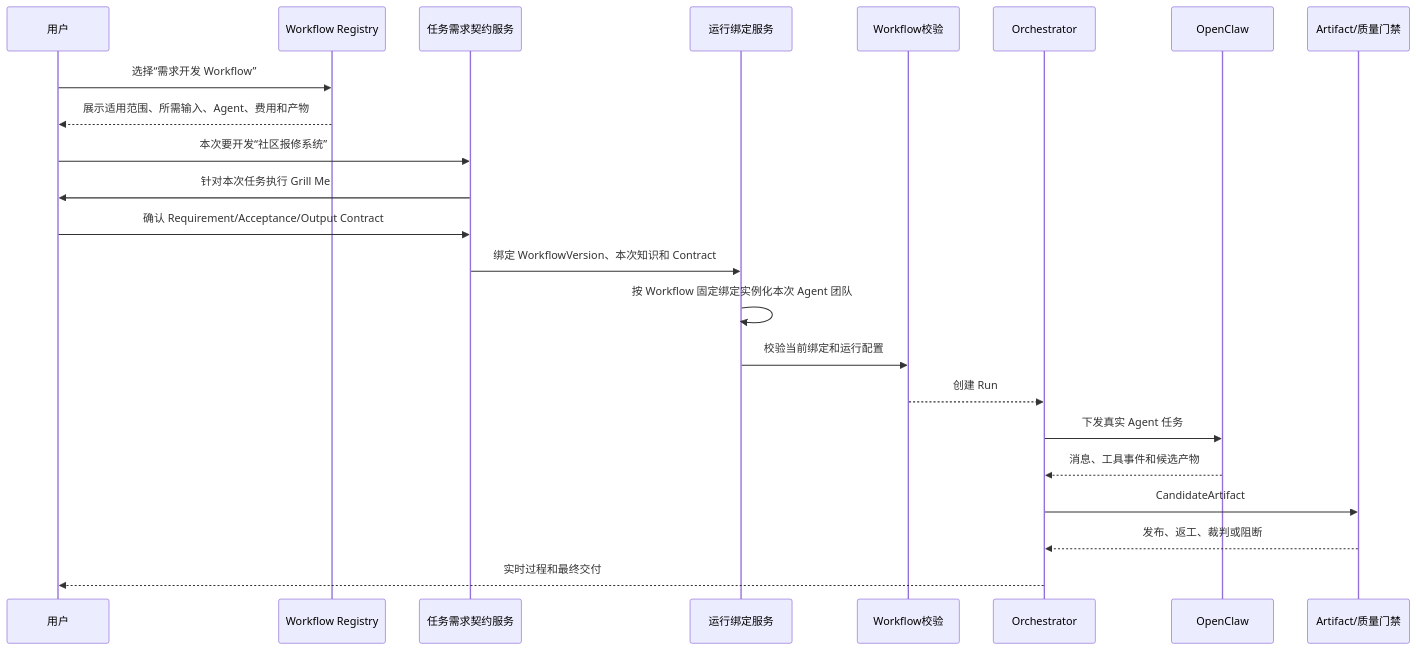
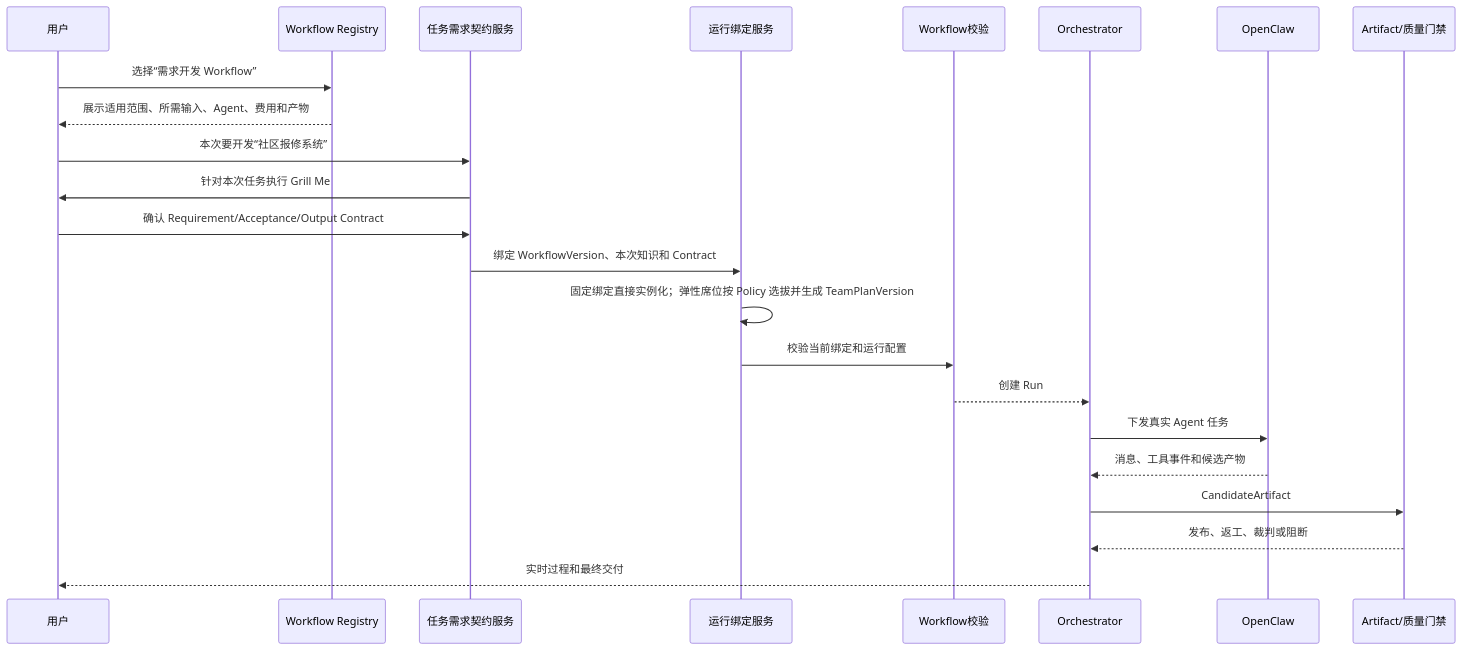
The sixth of 28 diagrams in docs/04-design/detailed-design-v1.md (Logayan/agent-arena), drawn with Mermaid before and after one commit. The commit also changed other lines of this file and 32 other files, not shown here.

````diff
--- a/docs/04-design/detailed-design-v1.md
+++ b/docs/04-design/detailed-design-v1.md
@@ -466,26 +558,26 @@
 ```mermaid
 sequenceDiagram
     participant U as 用户
     participant REG as Workflow Registry
     participant R as 任务需求契约服务
     participant B as 运行绑定服务
     participant V as Workflow校验
     participant O as Orchestrator
     participant C as OpenClaw
     participant A as Artifact/质量门禁
 
     U->>REG: 选择“需求开发 Workflow”
     REG-->>U: 展示适用范围、所需输入、Agent、费用和产物
     U->>R: 本次要开发“社区报修系统”
     R->>U: 针对本次任务执行 Grill Me
     U->>R: 确认 Requirement/Acceptance/Output Contract
     R->>B: 绑定 WorkflowVersion、本次知识和 Contract
-    B->>B: 按 Workflow 固定绑定实例化本次 Agent 团队
+    B->>B: 固定绑定直接实例化；弹性席位按 Policy 选拔并生成 TeamPlanVersion
     B->>V: 校验当前绑定和运行配置
     V-->>O: 创建 Run
     O->>C: 下发真实 Agent 任务
     C-->>O: 消息、工具事件和候选产物
     O->>A: CandidateArtifact
     A-->>O: 发布、返工、裁判或阻断
     O-->>U: 实时过程和最终交付
 ```
````
